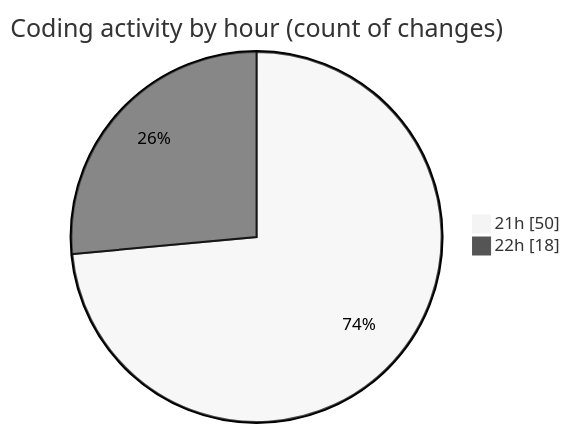
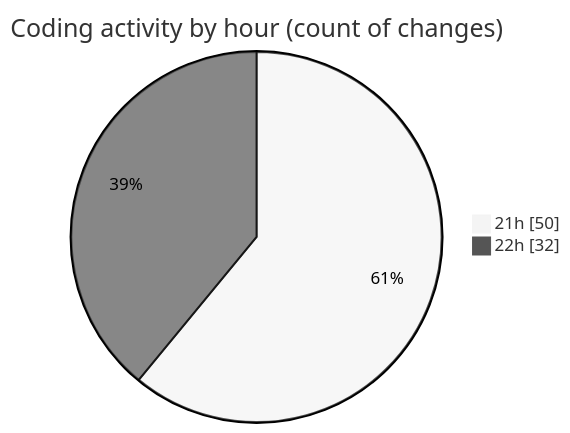
One commit to lephambinh05/code-tracking changed the second of 2 diagrams in 2025-07-22/nhahang/README.md. Above: the diagram before and after it, drawn with Mermaid (neutral theme). The commit also changed other lines of this file and 1 other file, not shown here.

````diff
--- a/2025-07-22/nhahang/README.md
+++ b/2025-07-22/nhahang/README.md
@@ -62,6 +69,6 @@
 ```mermaid
 pie showData
 title Coding activity by hour (count of changes)
 "21h" : 50
-"22h" : 18
+"22h" : 32
 ```
````
